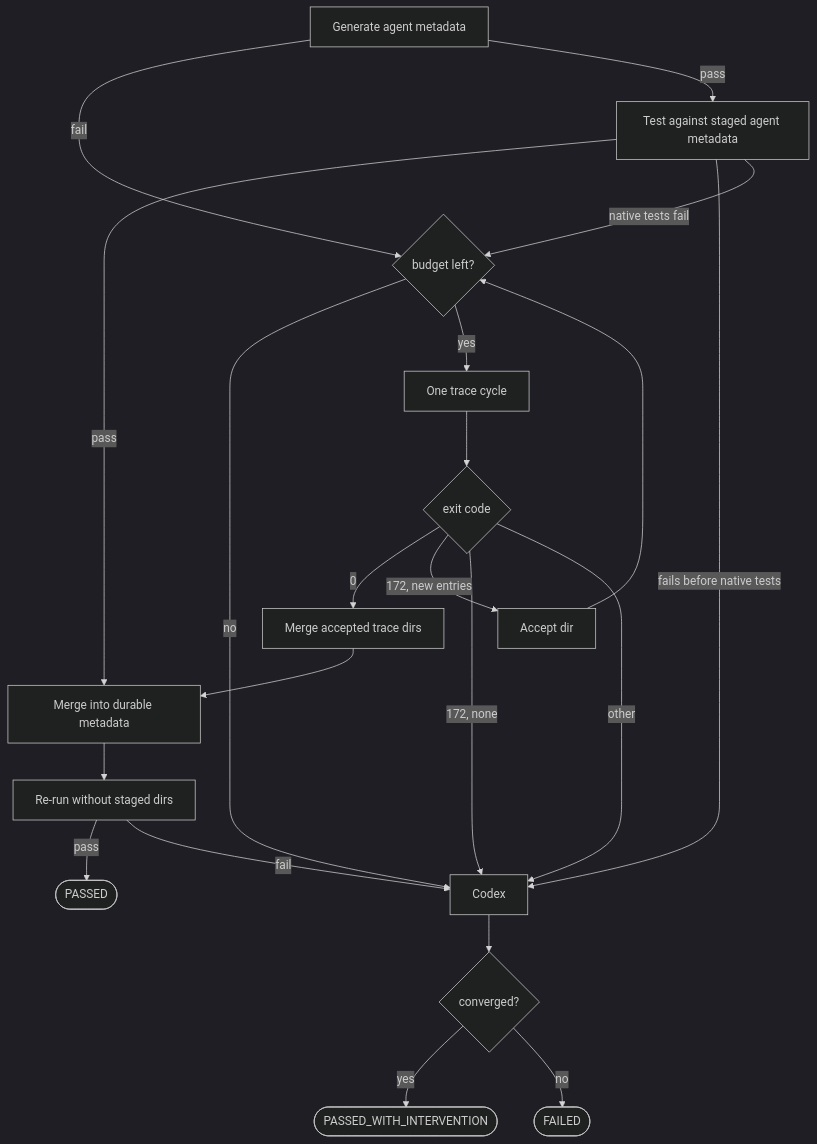
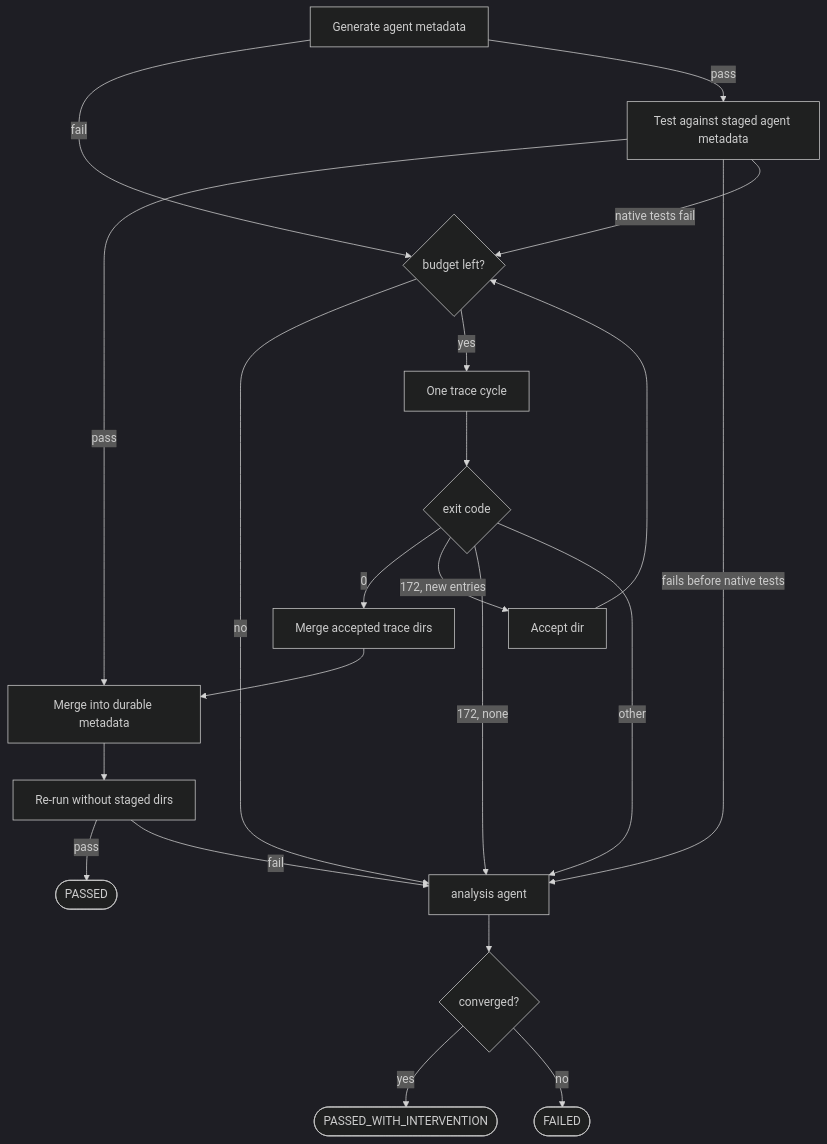
The diagram in forge/docs/functional-spec/publication.md (oracle/graalvm-reachability-metadata), drawn with Mermaid (dark theme) before and after one commit. The commit also changed other lines of this file and 17 other files, not shown here.

````diff
--- a/forge/docs/functional-spec/publication.md
+++ b/forge/docs/functional-spec/publication.md
@@ -205,21 +201,21 @@
 ```mermaid
 flowchart TD
     Agent[Generate agent metadata] -- fail --> Outer
     Agent -- pass --> Test[Test against staged agent metadata]
     Test -- pass --> FinalA[Merge into durable metadata]
     FinalA --> DurA[Re-run without staged dirs]
     DurA -- pass --> PassA([PASSED])
-    DurA -- fail --> Codex
-    Test -- fails before native tests --> Codex
+    DurA -- fail --> Fixer
+    Test -- fails before native tests --> Fixer
     Test -- native tests fail --> Outer{budget left?}
-    Outer -- no --> Codex
+    Outer -- no --> Fixer
     Outer -- yes --> Run[One trace cycle]
     Run --> Route{exit code}
     Route -- 0 --> MergeT[Merge accepted trace dirs] --> FinalA
     Route -- "172, new entries" --> Accept[Accept dir] --> Outer
-    Route -- "172, none" --> Codex
-    Route -- other --> Codex
-    Codex[Codex] --> Ok{converged?}
+    Route -- "172, none" --> Fixer
+    Route -- other --> Fixer
+    Fixer[analysis agent] --> Ok{converged?}
     Ok -- yes --> PassI([PASSED_WITH_INTERVENTION])
     Ok -- no --> Fail([FAILED])
 ```
````
